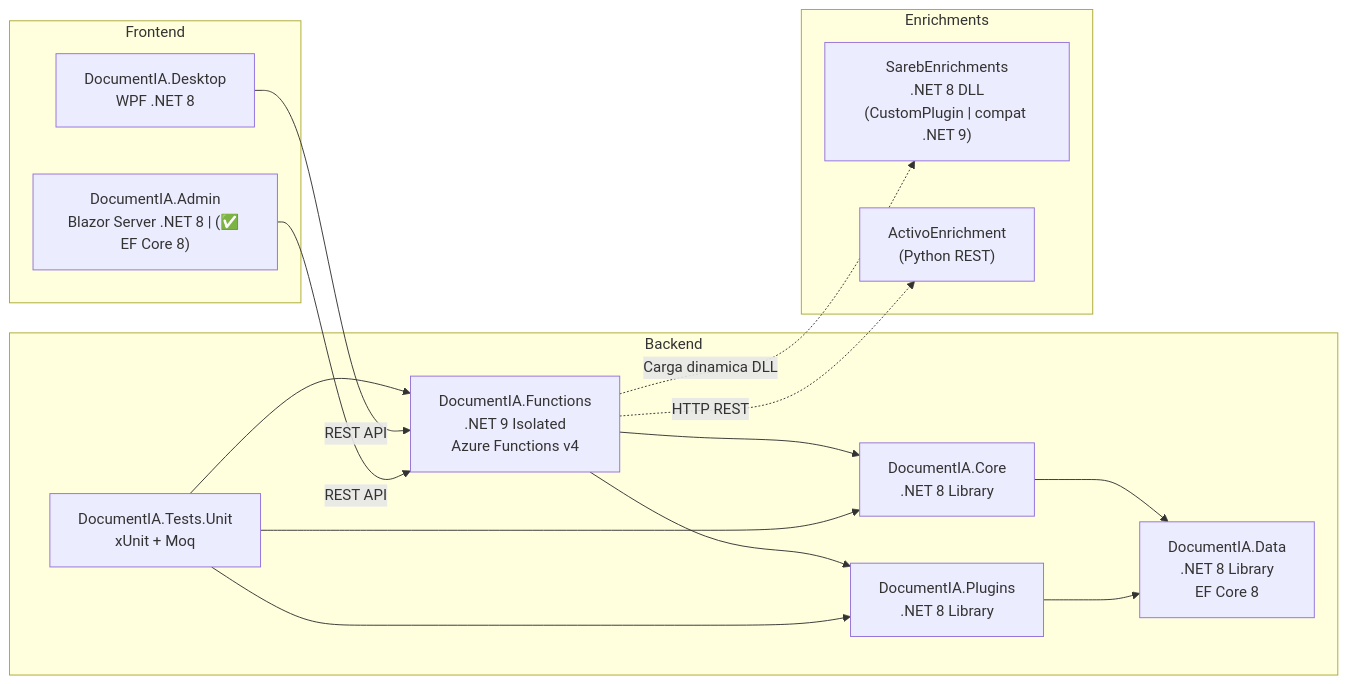
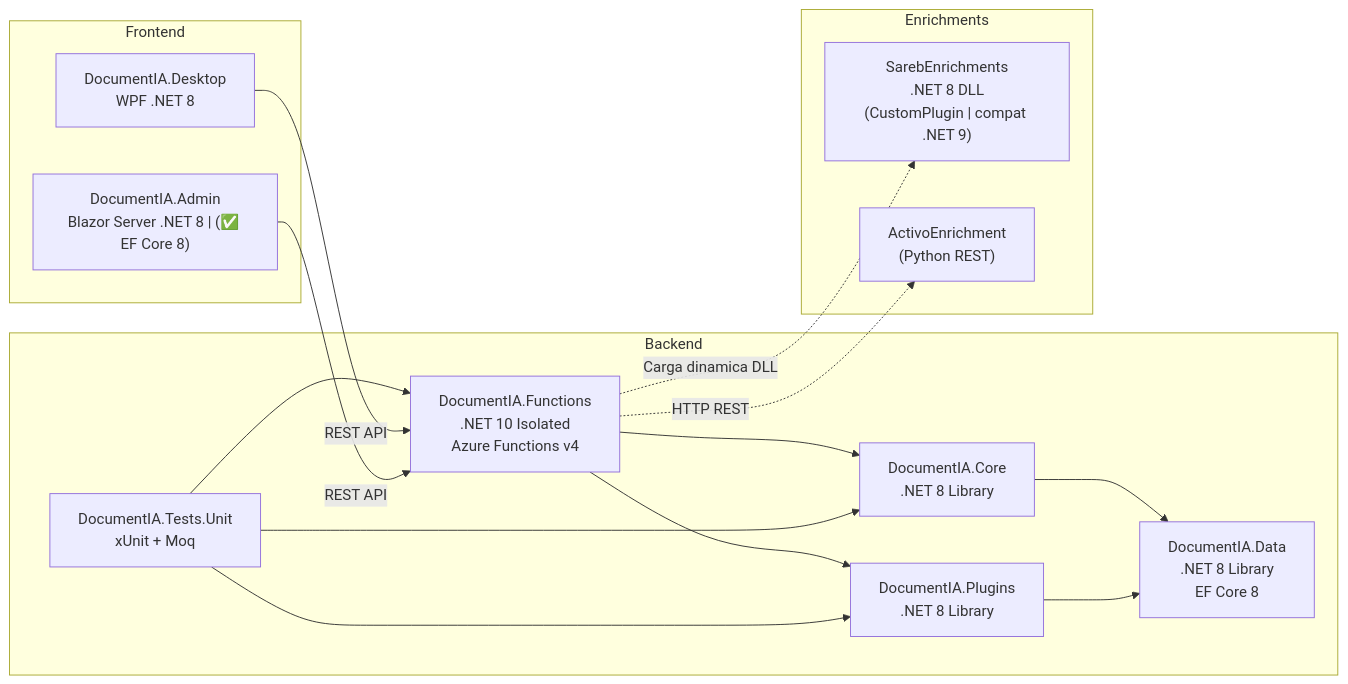
The second of 6 diagrams in docs/01_ARQUITECTURA_SISTEMA.md (nvcrisologo02/AI-DocClassExt), drawn with Mermaid before and after one commit. The commit also changed other lines of this file and 1 other file, not shown here.

First line of the commit message:
feat(dotnet-upgrade): Upgrade .NET 9 Isolated to .NET 10 Isolated AB#99782

````diff
--- a/docs/01_ARQUITECTURA_SISTEMA.md
+++ b/docs/01_ARQUITECTURA_SISTEMA.md
@@ -123,34 +123,34 @@
 ```mermaid
 flowchart LR
     subgraph Backend
-        FUNC["DocumentIA.Functions<br/>.NET 9 Isolated<br/>Azure Functions v4"]
+        FUNC["DocumentIA.Functions<br/>.NET 10 Isolated<br/>Azure Functions v4"]
         CORE["DocumentIA.Core<br/>.NET 8 Library"]
         DATA["DocumentIA.Data<br/>.NET 8 Library<br/>EF Core 8"]
         PLUGINS["DocumentIA.Plugins<br/>.NET 8 Library"]
         TESTS["DocumentIA.Tests.Unit<br/>xUnit + Moq"]
     end
 
     subgraph Frontend
         DESKTOP["DocumentIA.Desktop<br/>WPF .NET 8"]
         ADMIN_FE["DocumentIA.Admin<br/>Blazor Server .NET 8 | (✅ EF Core 8)"]
     end
 
     subgraph Enrichments
         SAREB_ENR["SarebEnrichments<br/>.NET 8 DLL<br/>(CustomPlugin | compat .NET 9)"]
         ACTIVO_ENR["ActivoEnrichment<br/>(Python REST)"]
     end
 
     FUNC --> CORE
     FUNC --> PLUGINS
     CORE --> DATA
     PLUGINS --> DATA
     TESTS --> FUNC
     TESTS --> CORE
     TESTS --> PLUGINS
 
     FUNC -.->|"Carga dinamica DLL"| SAREB_ENR
     FUNC -.->|"HTTP REST"| ACTIVO_ENR
 
     DESKTOP -->|"REST API"| FUNC
     ADMIN_FE -->|"REST API"| FUNC
 ```
````
